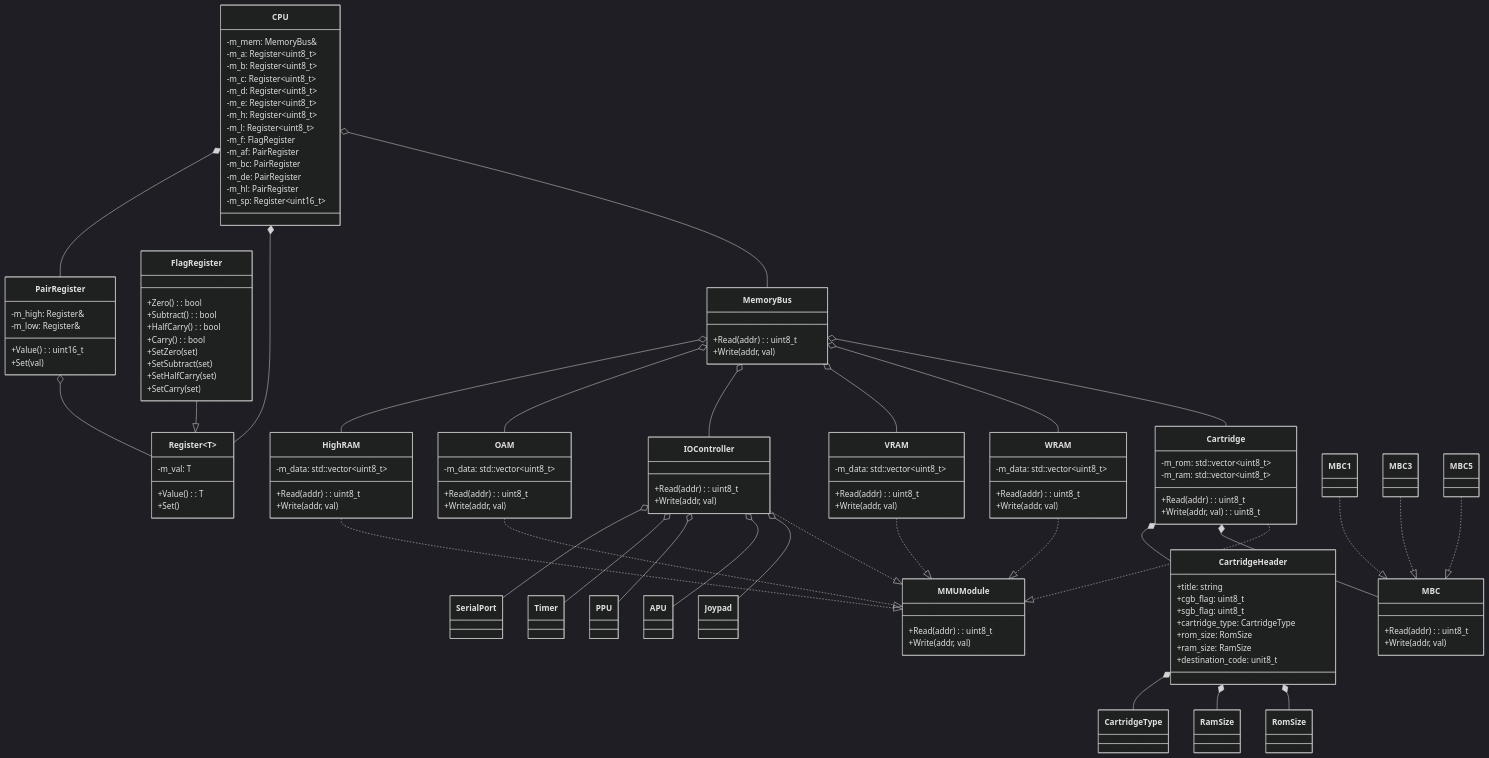
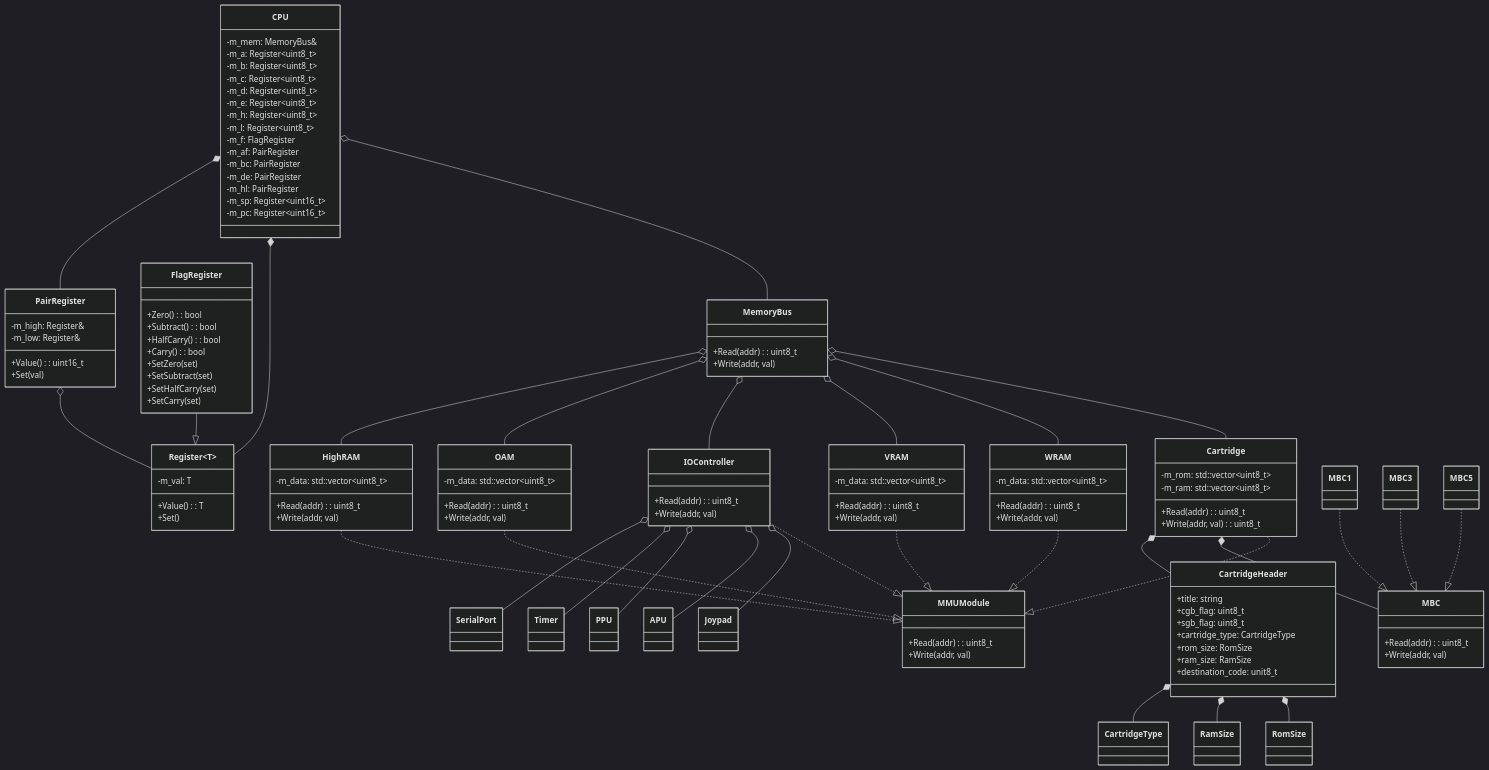
One commit to ShinraiYeen/Yeenboy changed the diagram in README.md. Above: the diagram before and after it, drawn with Mermaid (dark theme). The commit also changed 11 other files, not shown here.

```diff
--- a/README.md
+++ b/README.md
@@ -45,6 +45,7 @@
         -m_hl: PairRegister
 
         -m_sp: Register~uint16_t~
+        -m_pc: Register~uint16_t~
 
     }
 
```
